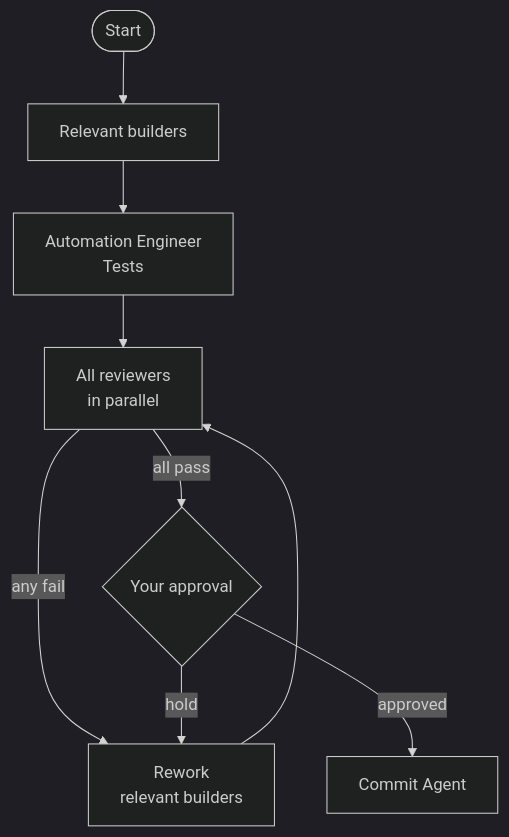
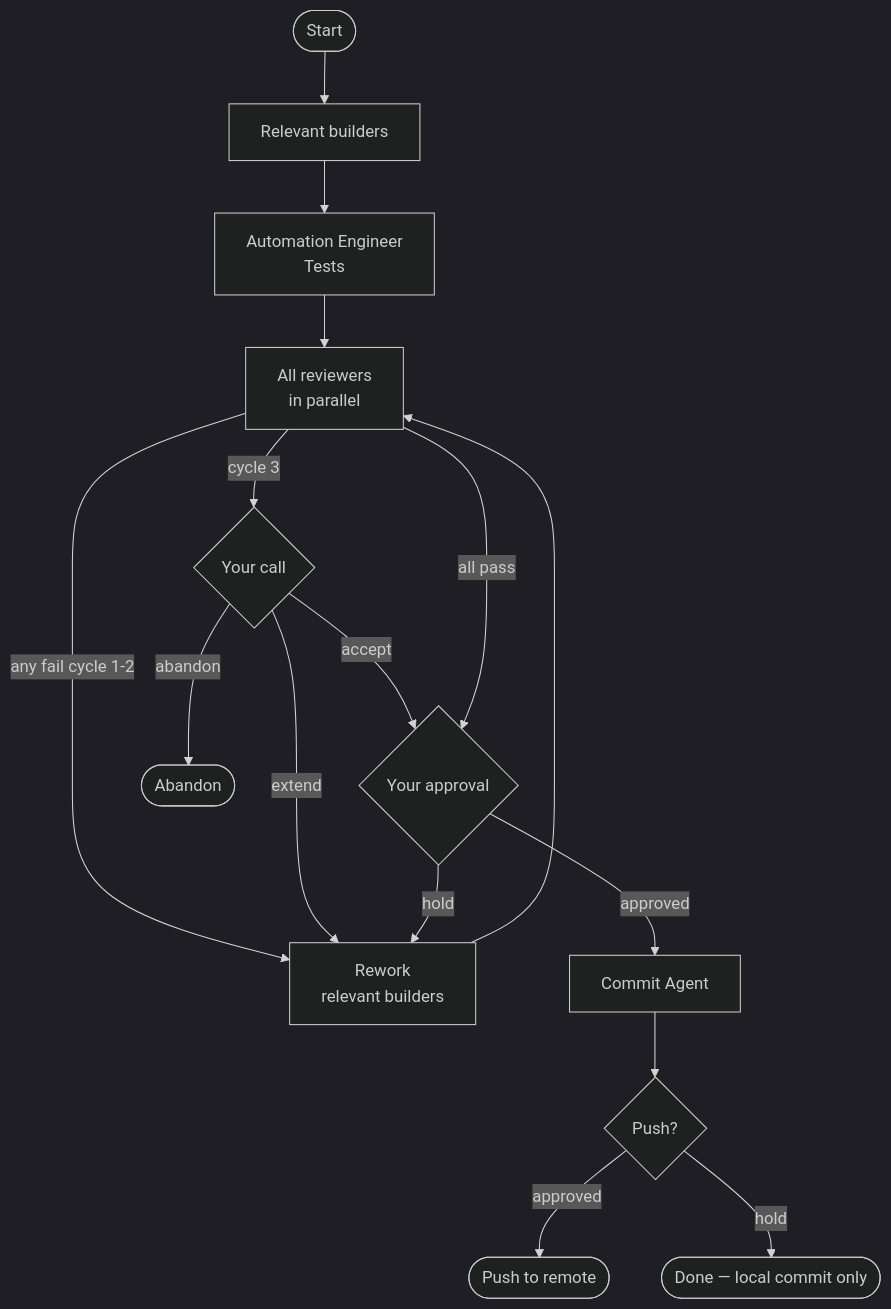
Before and after one commit to rajasekarm/velo: the second of 3 diagrams in WORKFLOW.md, drawn with Mermaid (dark theme). The commit also changed other lines of this file, not shown here.

````diff
--- a/WORKFLOW.md
+++ b/WORKFLOW.md
@@ -47,11 +59,18 @@
 ```mermaid
 flowchart TD
     A([Start]) --> BUILD[Relevant builders]
     BUILD --> TEST[Automation Engineer\nTests]
     TEST --> REVIEW[All reviewers\nin parallel]
-    REVIEW -->|any fail| REWORK[Rework\nrelevant builders]
+    REVIEW -->|any fail cycle 1-2| REWORK[Rework\nrelevant builders]
     REWORK --> REVIEW
+    REVIEW -->|cycle 3| A0C{Your call}
+    A0C -->|extend| REWORK
+    A0C -->|accept| A1{Your approval}
+    A0C -->|abandon| END0([Abandon])
     REVIEW -->|all pass| A1{Your approval}
     A1 -->|approved| COMMIT[Commit Agent]
     A1 -->|hold| REWORK
+    COMMIT --> A2{Push?}
+    A2 -->|approved| PUSH([Push to remote])
+    A2 -->|hold| DONE0([Done — local commit only])
 ```
````
